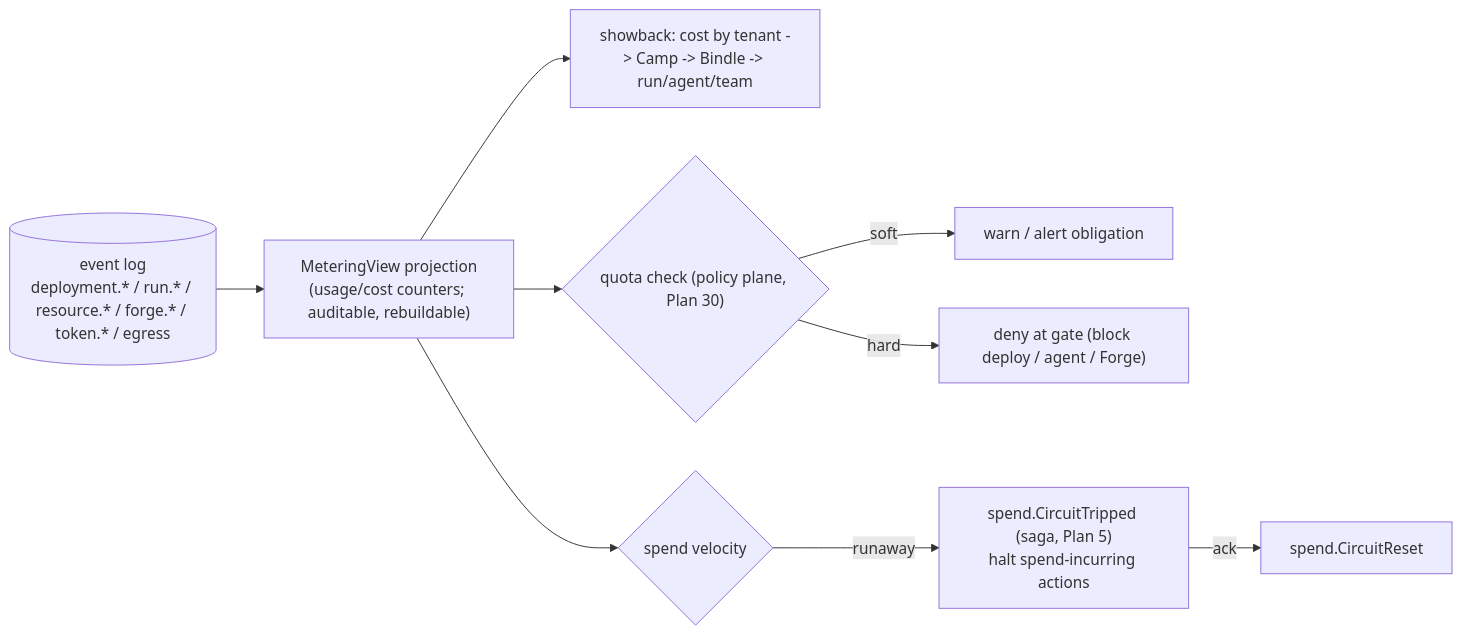
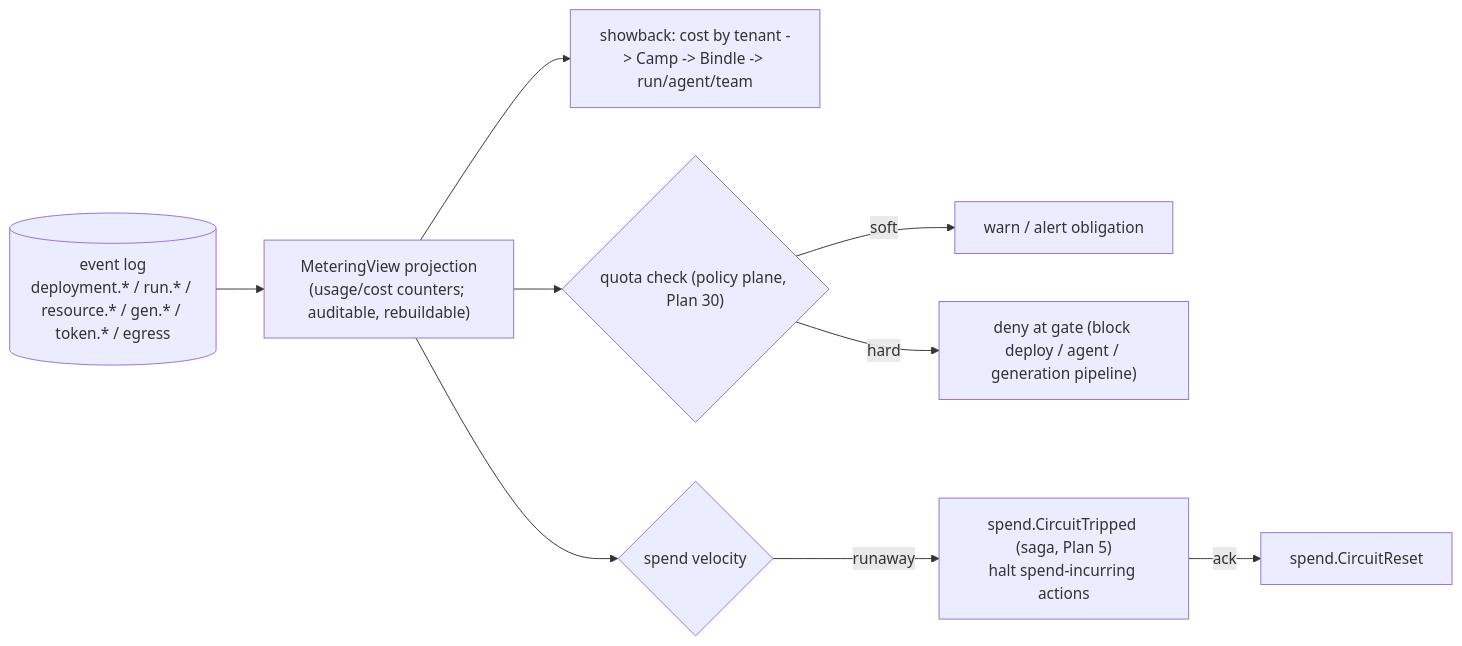
One commit to Tyler-R-Kendrick/HoBo changed the diagram in docs/design/reliability-observability-cost.md. Above: the diagram before and after it, drawn with Mermaid. The commit also changed other lines of this file and 31 other files, not shown here.

First line of the commit message:
docs: de-brand "Forge" — it's the AI generation pipeline, a technical detail

````diff
--- a/docs/design/reliability-observability-cost.md
+++ b/docs/design/reliability-observability-cost.md
@@ -203,11 +203,11 @@
 ```mermaid
 flowchart LR
-  LOG[("event log<br/>deployment.* / run.* / resource.* / forge.* / token.* / egress")] --> MV["MeteringView projection<br/>(usage/cost counters; auditable, rebuildable)"]
+  LOG[("event log<br/>deployment.* / run.* / resource.* / gen.* / token.* / egress")] --> MV["MeteringView projection<br/>(usage/cost counters; auditable, rebuildable)"]
   MV --> SHOW["showback: cost by tenant -> Camp -> Bindle -> run/agent/team"]
   MV --> QUOTA{"quota check (policy plane, Plan 30)"}
   QUOTA -->|soft| WARN["warn / alert obligation"]
-  QUOTA -->|hard| DENY["deny at gate (block deploy / agent / Forge)"]
+  QUOTA -->|hard| DENY["deny at gate (block deploy / agent / generation pipeline)"]
   MV --> VEL{"spend velocity"}
   VEL -->|runaway| CB["spend.CircuitTripped (saga, Plan 5)<br/>halt spend-incurring actions"]
   CB -->|ack| RESET["spend.CircuitReset"]
 ```
````
